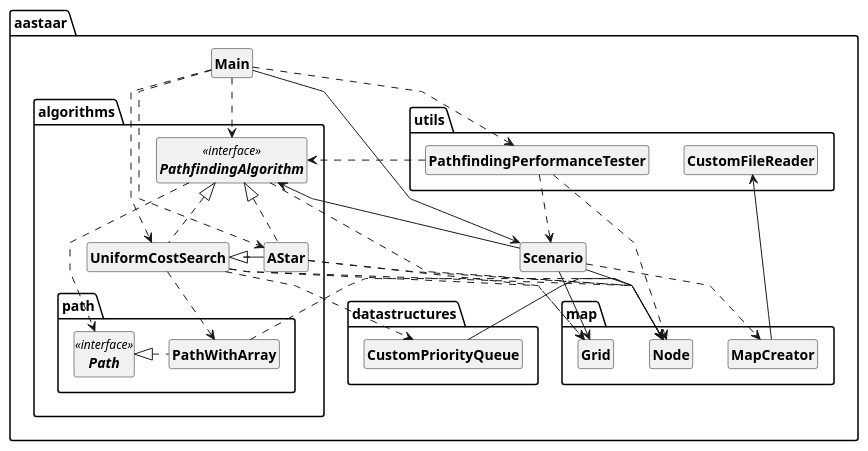
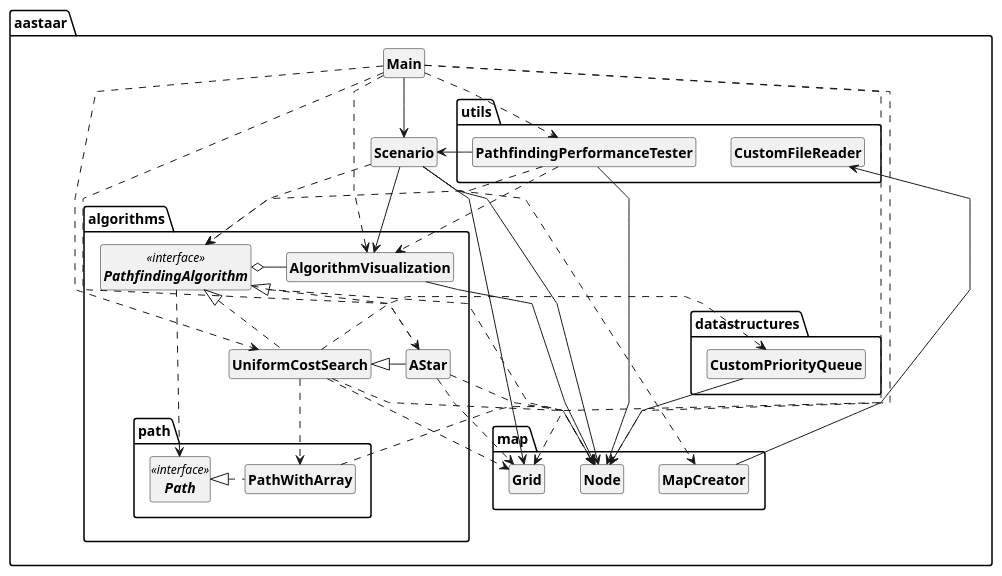
Before and after one commit to magael/aastaar: the diagram in documentation/luokkakaavio/kaavio.plantuml, drawn with PlantUML. The commit also changed 3 other files, not shown here.

```diff
--- a/documentation/luokkakaavio/kaavio.plantuml
+++ b/documentation/luokkakaavio/kaavio.plantuml
@@ -1,79 +1,87 @@
 @startuml
 skinparam classAttributeIconSize 0
 skinparam ClassFontStyle bold
 skinparam linetype polyline
 
 /'title Yksityiskohtaisempi komponenttiarkkitehtuuri'/
 
 package aastaar {
   class Main
   class Scenario
 
   package map {
     class MapCreator 
     class Grid
     class Node
   }
 
   package algorithms {
     class AStar
+    class AlgorithmVisualization
     class UniformCostSearch
     interface PathfindingAlgorithm <<interface>>
 
     package path {
       class PathWithArray
       interface Path <<interface>>
     }
   }
 
   package utils {
     class PathfindingPerformanceTester
     class CustomFileReader
   }
 
   package datastructures {
     class CustomPriorityQueue
   }
 }
 
 Main --> Scenario
-Main ..> PathfindingAlgorithm
+Main ..> AlgorithmVisualization
 Main ..> AStar
+Main ..> Grid
+Main ..> Node
 Main ..> UniformCostSearch
 Main ..> PathfindingPerformanceTester
 
+Scenario --> AlgorithmVisualization
 Scenario --> Grid
 Scenario ..> MapCreator
-Scenario -left-> Node
-Scenario --> PathfindingAlgorithm
+Scenario --> Node
+Scenario ..> PathfindingAlgorithm
 
 MapCreator --> CustomFileReader
 
-PathfindingPerformanceTester ..> Scenario
-PathfindingPerformanceTester ..> Node
+PathfindingPerformanceTester --> Scenario
+PathfindingPerformanceTester --> Node
 PathfindingPerformanceTester ..> PathfindingAlgorithm
+PathfindingPerformanceTester ..> AlgorithmVisualization
+
+AlgorithmVisualization --> Node
+AlgorithmVisualization -o PathfindingAlgorithm
 
 PathfindingAlgorithm ..> Path
 PathfindingAlgorithm ..> Node
 PathfindingAlgorithm <|.. UniformCostSearch
 PathfindingAlgorithm <|.. AStar
 
-UniformCostSearch <|-up AStar
+UniformCostSearch <|- AStar
 UniformCostSearch ..> CustomPriorityQueue
 UniformCostSearch ..> PathWithArray
 UniformCostSearch ..> Node
 UniformCostSearch ..> Grid
 
 AStar ..> Grid
 AStar ..> Node
 
 Path <|. PathWithArray
 
 PathWithArray ..> Node
 
 CustomPriorityQueue --> Node
 
 hide members
 hide circles
 
 @enduml
```
